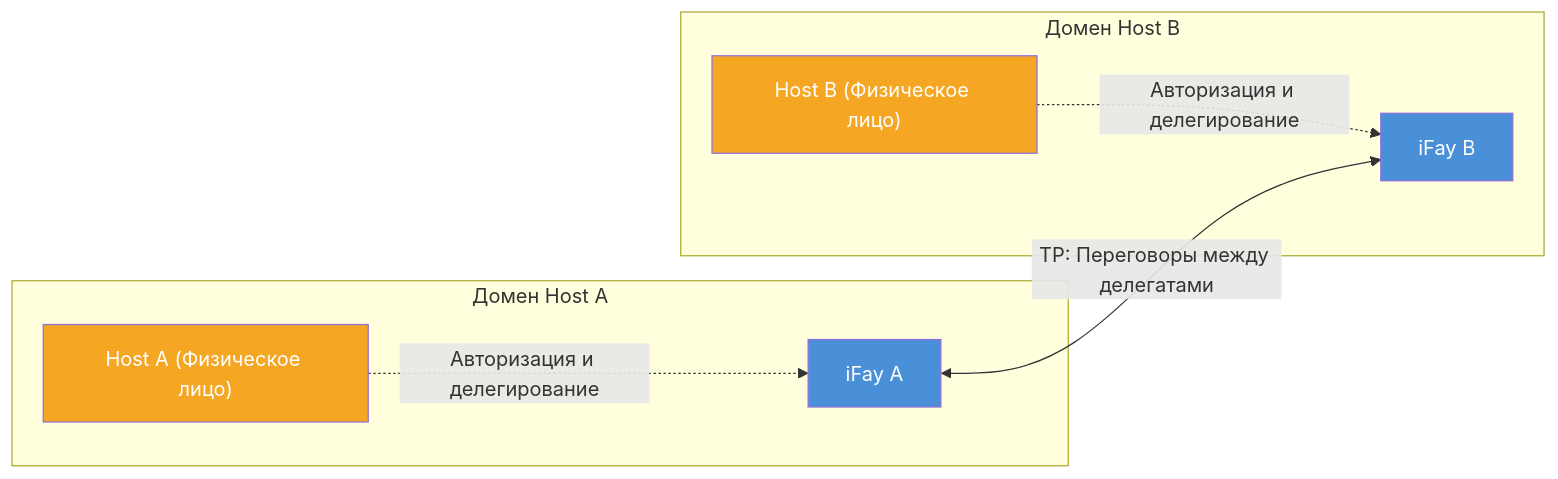
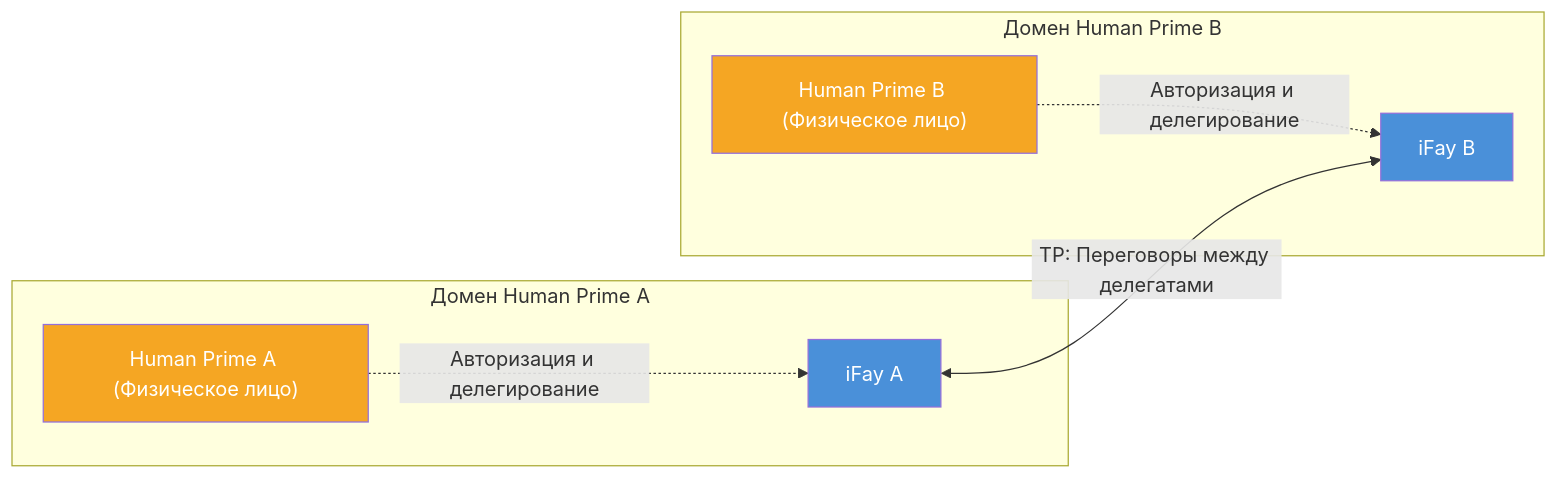
The second of 2 diagrams in docs/ru/blueprint/1-zachem-nuzhen-tp.md (ChainModePilot/Telepathy-Protocol), drawn with Mermaid before and after one commit. The commit also changed other lines of this file and 68 other files, not shown here.

First line of the commit message:
Use 'Human Prime' instead of 'Host' in blueprints

````diff
--- a/docs/ru/blueprint/1-zachem-nuzhen-tp.md
+++ b/docs/ru/blueprint/1-zachem-nuzhen-tp.md
@@ -76,21 +76,21 @@
 ```mermaid
 graph LR
-    subgraph "Домен Host A"
-        HA["Host A (Физическое лицо)"]
+    subgraph "Домен Human Prime A"
+        HA["Human Prime A (Физическое лицо)"]
         FA["iFay A"]
         HA -.->|"Авторизация и делегирование"| FA
     end
 
-    subgraph "Домен Host B"
-        HB["Host B (Физическое лицо)"]
+    subgraph "Домен Human Prime B"
+        HB["Human Prime B (Физическое лицо)"]
         FB["iFay B"]
         HB -.->|"Авторизация и делегирование"| FB
     end
 
     FA <-->|"TP: Переговоры между делегатами"| FB
 
     style FA fill:#4A90D9,color:#fff
     style FB fill:#4A90D9,color:#fff
     style HA fill:#F5A623,color:#fff
     style HB fill:#F5A623,color:#fff
 ```
````
